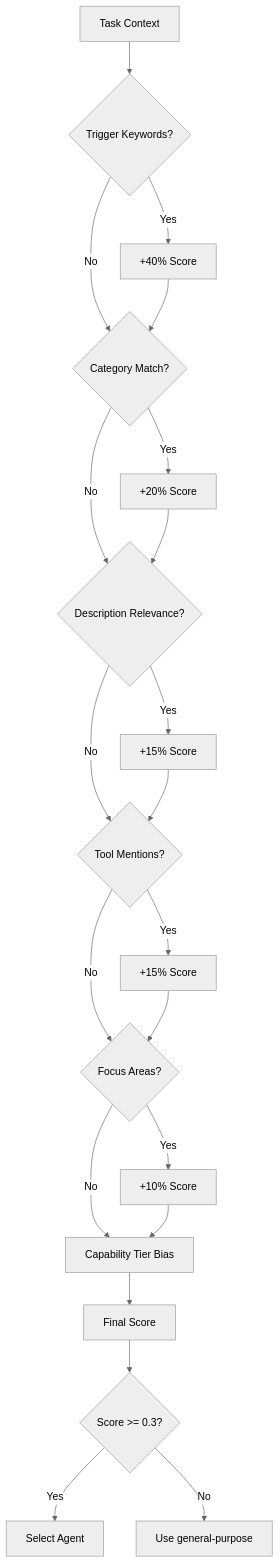
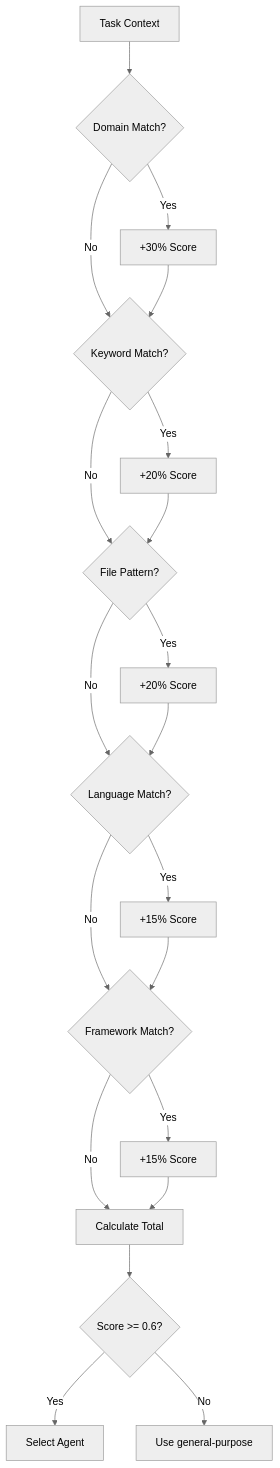
The fifth of 15 diagrams in README.md (Tony363/SuperClaude), drawn with Mermaid (neutral theme) before and after one commit. The commit also changed other lines of this file and 10 other files, not shown here.

````diff
--- a/README.md
+++ b/README.md
@@ -294,30 +227,28 @@
 ```mermaid
 flowchart TB
-    Context[Task Context] --> Triggers{Trigger Keywords?}
+    Context[Task Context] --> Domain{Domain Match?}
 
-    Triggers -->|Yes| TriggerScore[+40% Score]
-    Triggers -->|No| Category{Category Match?}
+    Domain -->|Yes| DomainScore[+30% Score]
+    Domain -->|No| Keyword{Keyword Match?}
 
-    TriggerScore --> Category
-    Category -->|Yes| CategoryScore[+20% Score]
-    Category -->|No| Description{Description Relevance?}
+    DomainScore --> Keyword
+    Keyword -->|Yes| KeywordScore[+20% Score]
+    Keyword -->|No| FilePattern{File Pattern?}
 
-    CategoryScore --> Description
-    Description -->|Yes| DescScore[+15% Score]
-    Description -->|No| Tools{Tool Mentions?}
+    KeywordScore --> FilePattern
+    FilePattern -->|Yes| PatternScore[+20% Score]
+    FilePattern -->|No| Language{Language Match?}
 
-    DescScore --> Tools
-    Tools -->|Yes| ToolScore[+15% Score]
-    Tools -->|No| Focus{Focus Areas?}
+    PatternScore --> Language
+    Language -->|Yes| LangScore[+15% Score]
+    Language -->|No| Framework{Framework Match?}
 
-    ToolScore --> Focus
-    Focus -->|Yes| FocusScore[+10% Score]
-    Focus -->|No| Tier[Capability Tier Bias]
+    LangScore --> Framework
+    Framework -->|Yes| FrameScore[+15% Score]
+    Framework -->|No| Calculate[Calculate Total]
 
-    FocusScore --> Tier
-    Tier --> Final[Final Score]
-
-    Final --> Threshold{Score >= 0.3?}
+    FrameScore --> Calculate
+    Calculate --> Threshold{Score >= 0.6?}
     Threshold -->|Yes| Select[Select Agent]
     Threshold -->|No| Default[Use general-purpose]
 ```
````
